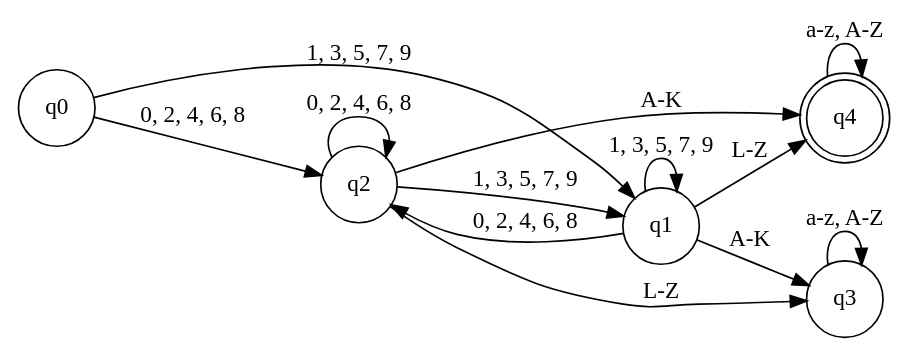
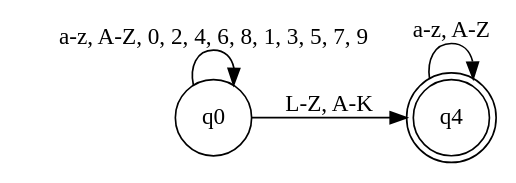
The diagram in src/LFT/A2016/cap1/Es1Comma3_Dot.dot (gmammolo/LFT), drawn with Graphviz before and after one commit. The commit also changed 8 other files, not shown here.

```diff
--- a/src/LFT/A2016/cap1/Es1Comma3_Dot.dot
+++ b/src/LFT/A2016/cap1/Es1Comma3_Dot.dot
@@ -1,18 +1,9 @@
 digraph Es1Comma3_Dot{
 rankdir=LR;
 node [shape = doublecircle];
 q4;
 node [shape = circle];
-q3 -> q3 [ label = "a-z, A-Z" ];
-q0 -> q2 [ label = "0, 2, 4, 6, 8" ];
-q1 -> q2 [ label = "0, 2, 4, 6, 8" ];
-q1 -> q3 [ label = "A-K" ];
-q2 -> q3 [ label = "L-Z" ];
+q0 -> q0 [ label = "a-z, A-Z, 0, 2, 4, 6, 8, 1, 3, 5, 7, 9" ];
+q0 -> q4 [ label = "L-Z, A-K" ];
 q4 -> q4 [ label = "a-z, A-Z" ];
-q1 -> q4 [ label = "L-Z" ];
-q2 -> q2 [ label = "0, 2, 4, 6, 8" ];
-q2 -> q1 [ label = "1, 3, 5, 7, 9" ];
-q1 -> q1 [ label = "1, 3, 5, 7, 9" ];
-q0 -> q1 [ label = "1, 3, 5, 7, 9" ];
-q2 -> q4 [ label = "A-K" ];
 }
```
